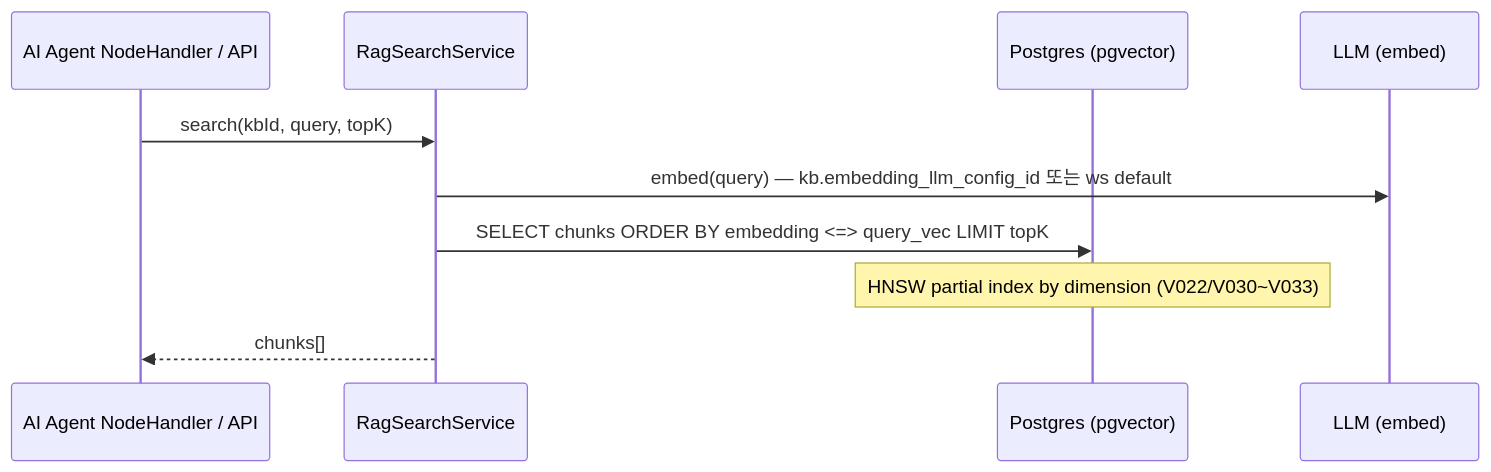
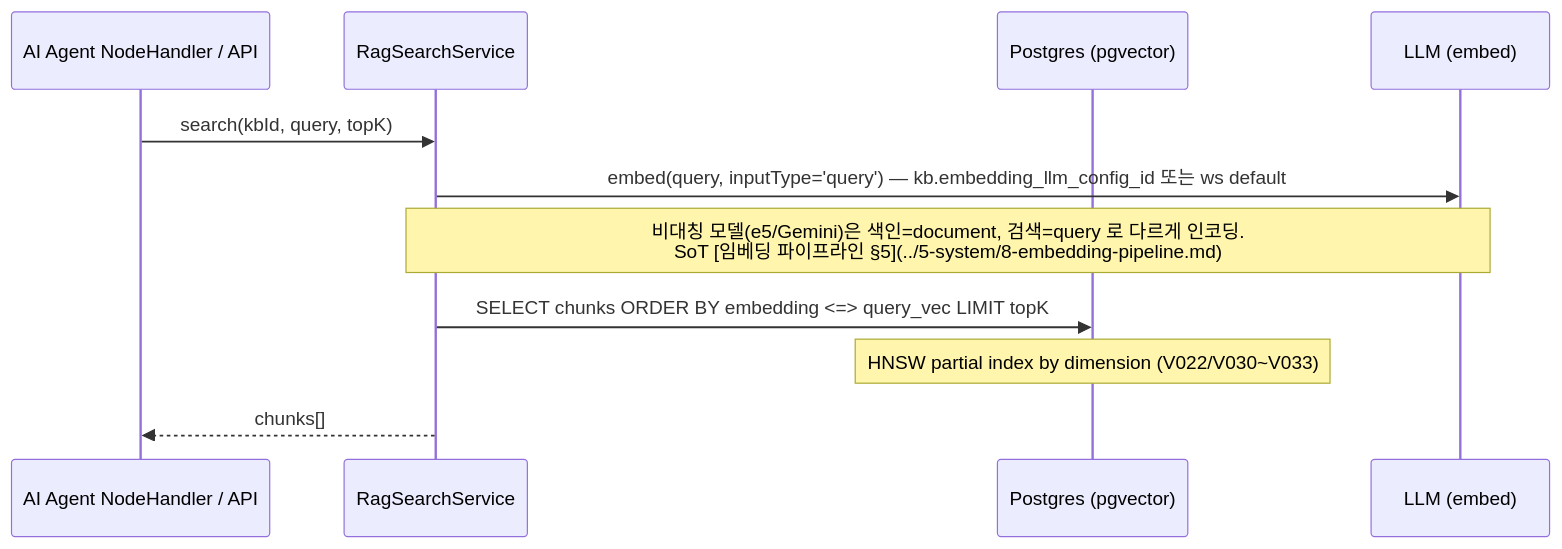
One commit to worker-ants/clemvion changed the third of 5 diagrams in spec/data-flow/6-knowledge-base.md. Above: the diagram before and after it, drawn with Mermaid. The commit also changed other lines of this file and 36 other files, not shown here.

First line of the commit message:
test(embedding): P6 임베딩 모델 UX 리뷰 후속 — inputType 테스트 강화 + spec 폴리시 + 추천 배지 정비 (#497)

````diff
--- a/spec/data-flow/6-knowledge-base.md
+++ b/spec/data-flow/6-knowledge-base.md
@@ -109,13 +109,14 @@
 ```mermaid
 sequenceDiagram
   participant H as AI Agent NodeHandler / API
   participant R as RagSearchService
   participant PG as Postgres (pgvector)
   participant LLM as LLM (embed)
 
   H->>R: search(kbId, query, topK)
-  R->>LLM: embed(query) — kb.embedding_llm_config_id 또는 ws default
+  R->>LLM: embed(query, inputType='query') — kb.embedding_llm_config_id 또는 ws default
+  Note over R,LLM: 비대칭 모델(e5/Gemini)은 색인=document, 검색=query 로 다르게 인코딩.<br/>SoT [임베딩 파이프라인 §5](../5-system/8-embedding-pipeline.md)
   R->>PG: SELECT chunks ORDER BY embedding <=> query_vec LIMIT topK
   Note over PG: HNSW partial index by dimension (V022/V030~V033)
   R-->>H: chunks[]
 ```
````
